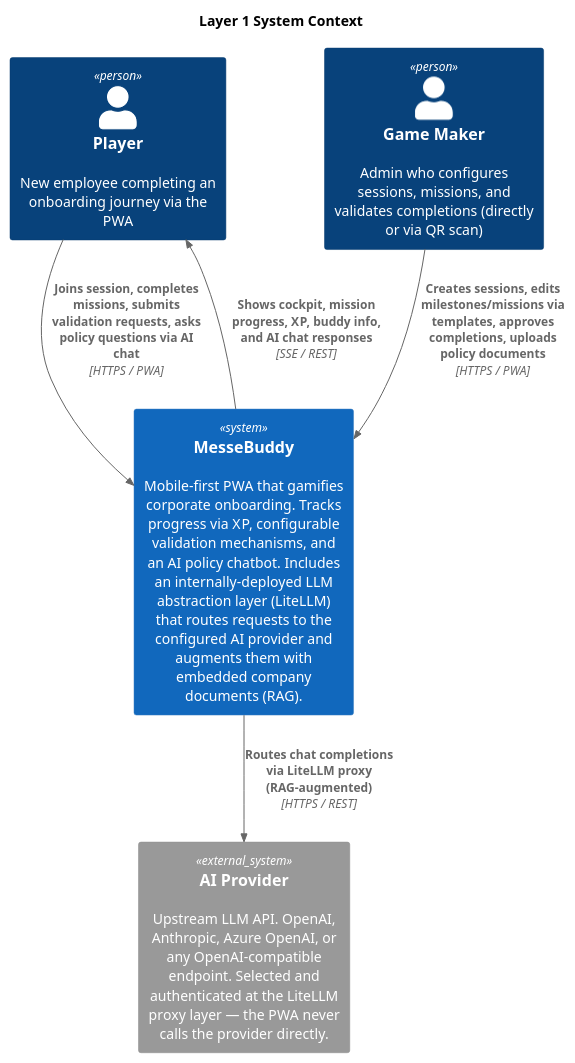
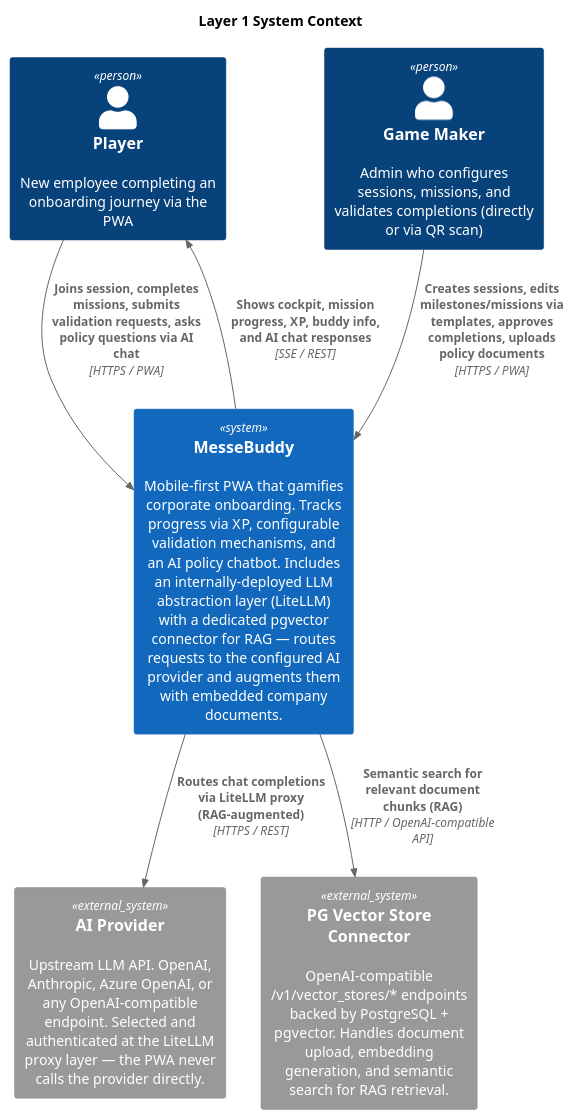
The diagram in docs/c4context.puml (hoonsubin/messe-buddy-app), drawn with PlantUML before and after one commit. The commit also changed 8 other files, not shown here.

Commit message:
update diagram and specs

```diff
--- a/docs/c4context.puml
+++ b/docs/c4context.puml
@@ -1,18 +1,20 @@
 @startuml diagram_01_c4_context
 !include <C4/C4_Context>
 
 title Layer 1 System Context
 
 Person(player, "Player", "New employee completing an onboarding journey via the PWA")
 Person(gameMaker, "Game Maker", "Admin who configures sessions, missions, and validates completions (directly or via QR scan)")
 
-System(messeBuddy, "MesseBuddy", "Mobile-first PWA that gamifies corporate onboarding. Tracks progress via XP, configurable validation mechanisms, and an AI policy chatbot. Includes an internally-deployed LLM abstraction layer (LiteLLM) that routes requests to the configured AI provider and augments them with embedded company documents (RAG).")
+System(messeBuddy, "MesseBuddy", "Mobile-first PWA that gamifies corporate onboarding. Tracks progress via XP, configurable validation mechanisms, and an AI policy chatbot. Includes an internally-deployed LLM abstraction layer (LiteLLM) with a dedicated pgvector connector for RAG — routes requests to the configured AI provider and augments them with embedded company documents.")
 
 System_Ext(aiProvider, "AI Provider", "Upstream LLM API. OpenAI, Anthropic, Azure OpenAI, or any OpenAI-compatible endpoint. Selected and authenticated at the LiteLLM proxy layer — the PWA never calls the provider directly.")
+System_Ext(pgvectorConnector, "PG Vector Store Connector", "OpenAI-compatible /v1/vector_stores/* endpoints backed by PostgreSQL + pgvector. Handles document upload, embedding generation, and semantic search for RAG retrieval.")
 
 Rel(player, messeBuddy, "Joins session, completes missions, submits validation requests, asks policy questions via AI chat", "HTTPS / PWA")
 Rel(gameMaker, messeBuddy, "Creates sessions, edits milestones/missions via templates, approves completions, uploads policy documents", "HTTPS / PWA")
 Rel(messeBuddy, player, "Shows cockpit, mission progress, XP, buddy info, and AI chat responses", "SSE / REST")
 Rel(messeBuddy, aiProvider, "Routes chat completions via LiteLLM proxy (RAG-augmented)", "HTTPS / REST")
+Rel(messeBuddy, pgvectorConnector, "Semantic search for relevant document chunks (RAG)", "HTTP / OpenAI-compatible API")
 
 @enduml
```
